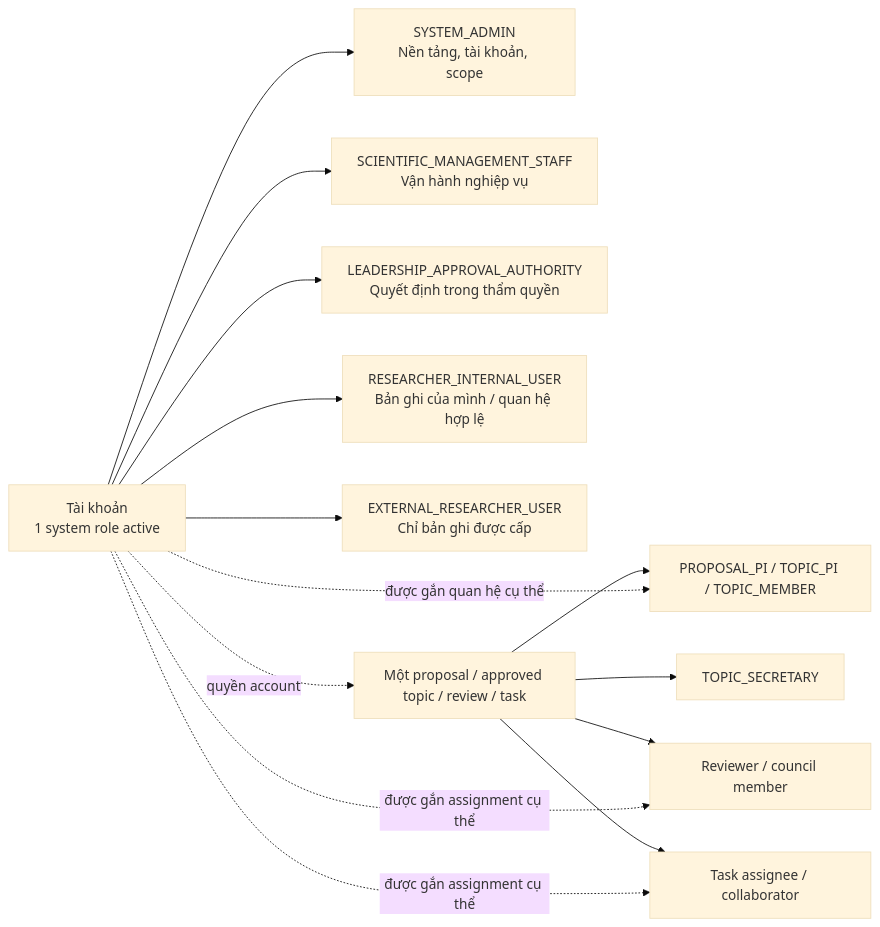
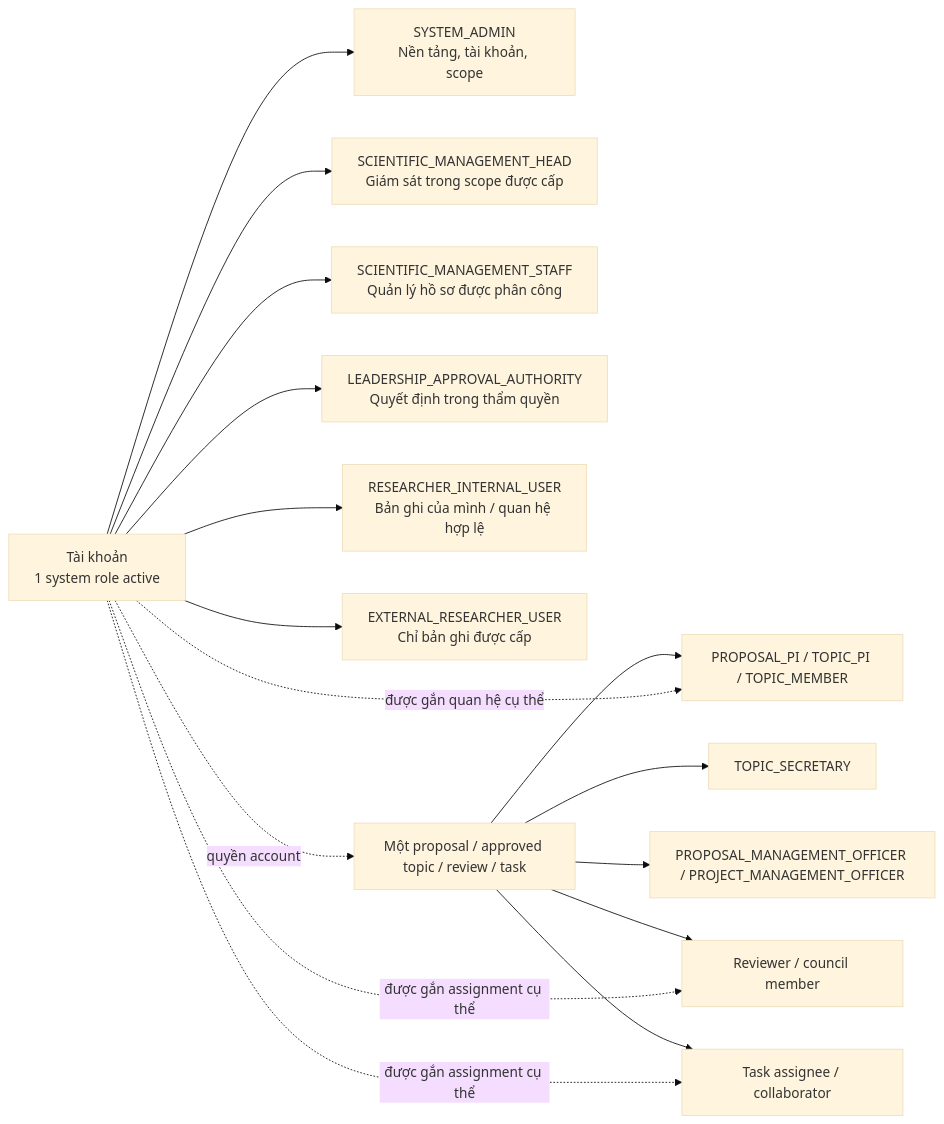
Before and after one commit to thanhdotien278/DocManS: the first of 10 diagrams in docs/user-flows.md, drawn with Mermaid (base theme). The commit also changed other lines of this file and 32 other files, not shown here.

Commit message:
docs: split scientific management authorization roles

````diff
--- a/docs/user-flows.md
+++ b/docs/user-flows.md
@@ -35,18 +35,20 @@
 ```mermaid
 flowchart LR
   account["Tài khoản<br/>1 system role active"] --> admin["SYSTEM_ADMIN<br/>Nền tảng, tài khoản, scope"]
-  account --> staff["SCIENTIFIC_MANAGEMENT_STAFF<br/>Vận hành nghiệp vụ"]
+  account --> head["SCIENTIFIC_MANAGEMENT_HEAD<br/>Giám sát trong scope được cấp"]
+  account --> staff["SCIENTIFIC_MANAGEMENT_STAFF<br/>Quản lý hồ sơ được phân công"]
   account --> leader["LEADERSHIP_APPROVAL_AUTHORITY<br/>Quyết định trong thẩm quyền"]
   account --> internal["RESEARCHER_INTERNAL_USER<br/>Bản ghi của mình / quan hệ hợp lệ"]
   account --> external["EXTERNAL_RESEARCHER_USER<br/>Chỉ bản ghi được cấp"]
 
   record["Một proposal / approved topic / review / task"] --> pi["PROPOSAL_PI / TOPIC_PI / TOPIC_MEMBER"]
   record --> secretary["TOPIC_SECRETARY"]
+  record --> officer["PROPOSAL_MANAGEMENT_OFFICER / PROJECT_MANAGEMENT_OFFICER"]
   record --> reviewer["Reviewer / council member"]
   record --> assignee["Task assignee / collaborator"]
 
   account -. "quyền account" .-> record
   account -. "được gắn quan hệ cụ thể" .-> pi
   account -. "được gắn assignment cụ thể" .-> reviewer
   account -. "được gắn assignment cụ thể" .-> assignee
 ```
````
